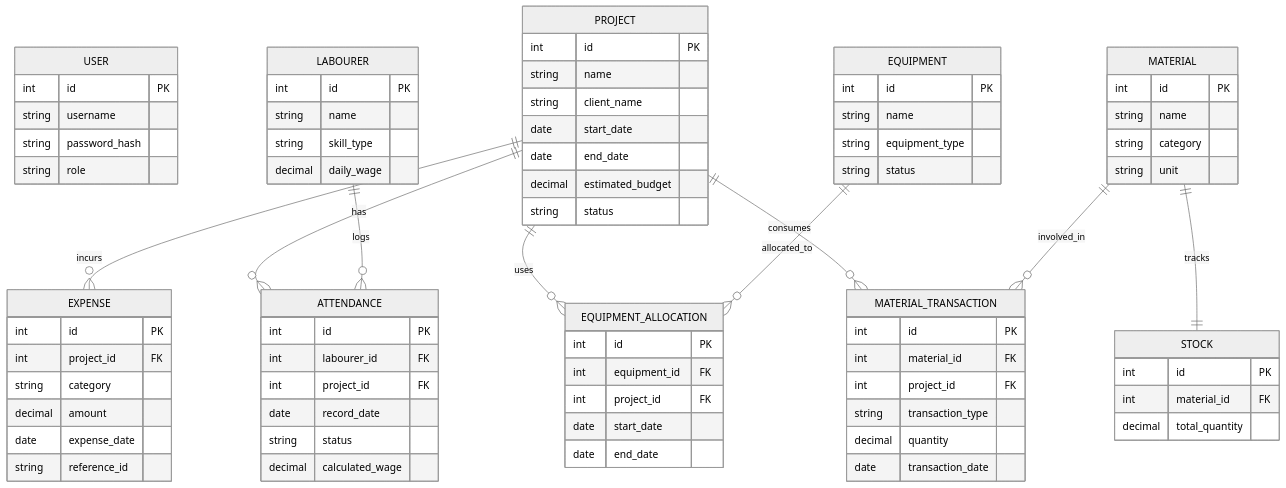
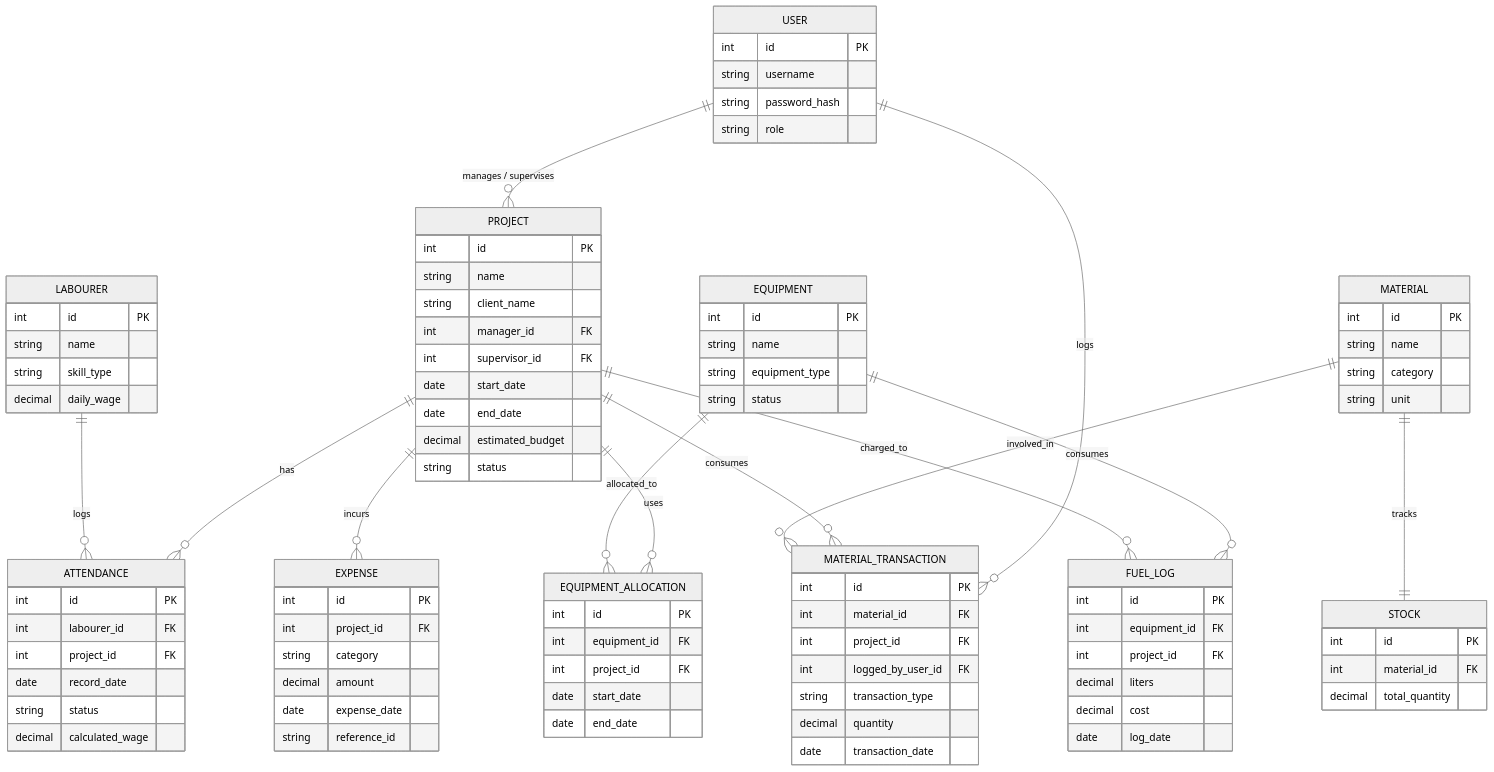
The diagram in docs/04_DATABASE.md (sushmitha-katika-dev/build-flow), drawn with Mermaid (neutral theme) before and after one commit. The commit also changed other lines of this file, not shown here.

````diff
--- a/docs/04_DATABASE.md
+++ b/docs/04_DATABASE.md
@@ -18,6 +18,8 @@
         int id PK
         string name
         string client_name
+        int manager_id FK
+        int supervisor_id FK
         date start_date
         date end_date
         decimal estimated_budget
@@ -56,6 +58,7 @@
         int id PK
         int material_id FK
         int project_id FK
+        int logged_by_user_id FK
         string transaction_type
         decimal quantity
         date transaction_date
@@ -75,6 +78,14 @@
         date start_date
         date end_date
     }
+    FUEL_LOG {
+        int id PK
+        int equipment_id FK
+        int project_id FK
+        decimal liters
+        decimal cost
+        date log_date
+    }
 
     %% Finance Service DB
     EXPENSE {
@@ -87,6 +98,9 @@
     }
 
     %% Relationships
+    USER ||--o{ PROJECT : "manages / supervises"
+    USER ||--o{ MATERIAL_TRANSACTION : "logs"
+
     PROJECT ||--o{ ATTENDANCE : "has"
     LABOURER ||--o{ ATTENDANCE : "logs"
     
@@ -96,6 +110,8 @@
 
     PROJECT ||--o{ EQUIPMENT_ALLOCATION : "uses"
     EQUIPMENT ||--o{ EQUIPMENT_ALLOCATION : "allocated_to"
+    EQUIPMENT ||--o{ FUEL_LOG : "consumes"
+    PROJECT ||--o{ FUEL_LOG : "charged_to"
 
     PROJECT ||--o{ EXPENSE : "incurs"
 ```
````
